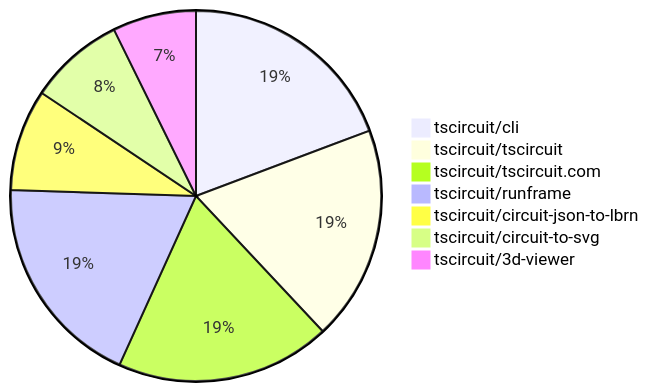
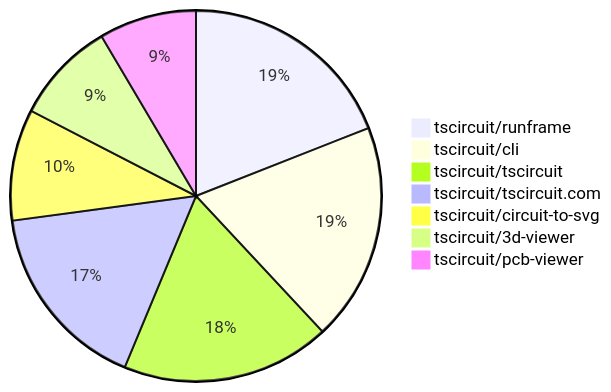
Before and after one commit to tscircuit/contribution-tracker: the second of 2 diagrams in README.md, drawn with Mermaid. The commit also changed other lines of this file and 3 other files, not shown here.

````diff
--- a/README.md
+++ b/README.md
@@ -125,10 +129,10 @@
 ```mermaid
 pie
-    "tscircuit/cli" : 37
-    "tscircuit/tscircuit" : 36
-    "tscircuit/tscircuit.com" : 36
-    "tscircuit/runframe" : 36
-    "tscircuit/circuit-json-to-lbrn" : 17
-    "tscircuit/circuit-to-svg" : 16
-    "tscircuit/3d-viewer" : 14
+    "tscircuit/runframe" : 47
+    "tscircuit/cli" : 47
+    "tscircuit/tscircuit" : 45
+    "tscircuit/tscircuit.com" : 41
+    "tscircuit/circuit-to-svg" : 24
+    "tscircuit/3d-viewer" : 22
+    "tscircuit/pcb-viewer" : 21
 ```
````
